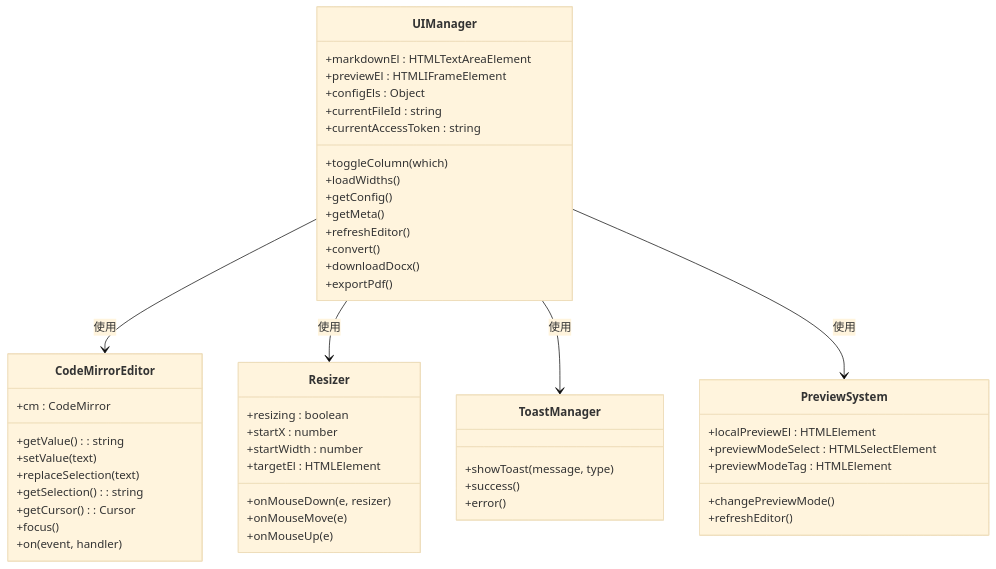
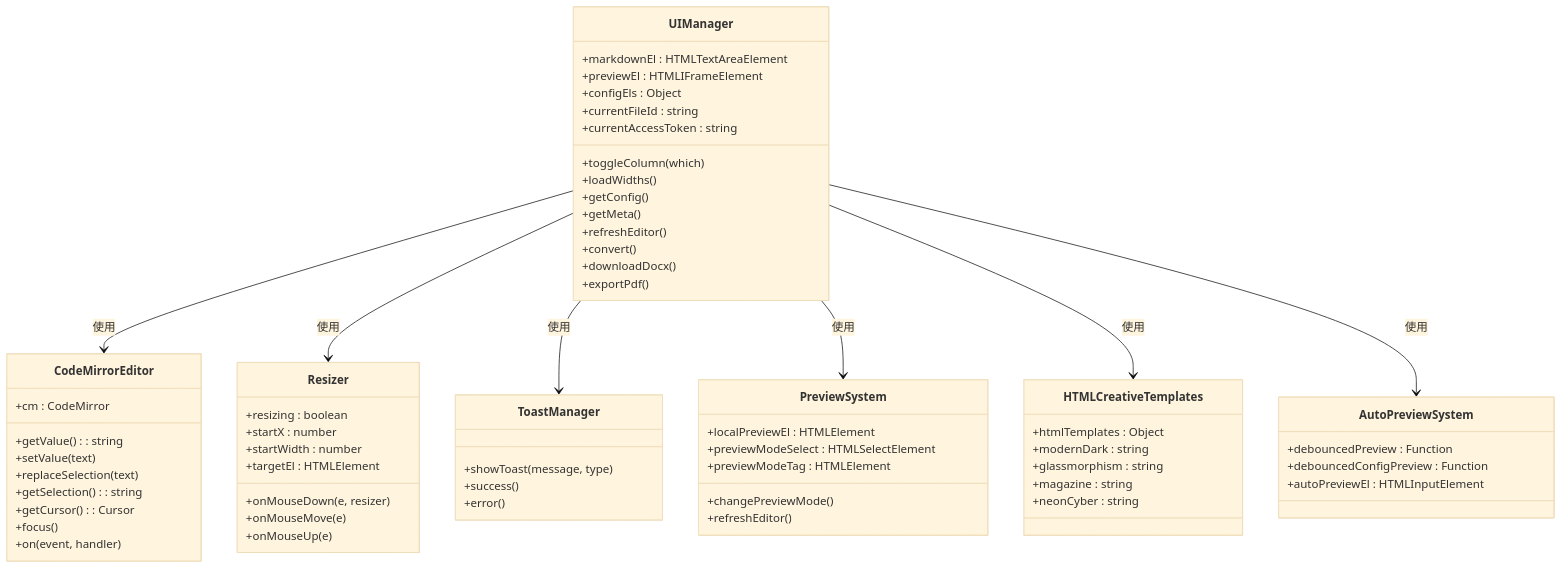
Before and after one commit to wanwushelie/markdown-to-word-studio: the second of 15 diagrams in .lingma/repowiki/zh/content/用户指南/前端界面现代化.md, drawn with Mermaid (base theme). The commit also changed other lines of this file and 1 other file, not shown here.

````diff
--- a/.lingma/repowiki/zh/content/用户指南/前端界面现代化.md
+++ b/.lingma/repowiki/zh/content/用户指南/前端界面现代化.md
@@ -128,53 +139,67 @@
 ```mermaid
 classDiagram
 class UIManager {
 +markdownEl : HTMLTextAreaElement
 +previewEl : HTMLIFrameElement
 +configEls : Object
 +currentFileId : string
 +currentAccessToken : string
 +toggleColumn(which)
 +loadWidths()
 +getConfig()
 +getMeta()
 +refreshEditor()
 +convert()
 +downloadDocx()
 +exportPdf()
 }
 class CodeMirrorEditor {
 +cm : CodeMirror
 +getValue() : string
 +setValue(text)
 +replaceSelection(text)
 +getSelection() : string
 +getCursor() : Cursor
 +focus()
 +on(event, handler)
 }
 class Resizer {
 +resizing : boolean
 +startX : number
 +startWidth : number
 +targetEl : HTMLElement
 +onMouseDown(e, resizer)
 +onMouseMove(e)
 +onMouseUp(e)
 }
 class ToastManager {
 +showToast(message, type)
 +success()
 +error()
 }
 class PreviewSystem {
 +localPreviewEl : HTMLElement
 +previewModeSelect : HTMLSelectElement
 +previewModeTag : HTMLElement
 +changePreviewMode()
 +refreshEditor()
 }
+class HTMLCreativeTemplates {
++htmlTemplates : Object
++modernDark : string
++glassmorphism : string
++magazine : string
++neonCyber : string
+}
+class AutoPreviewSystem {
++debouncedPreview : Function
++debouncedConfigPreview : Function
++autoPreviewEl : HTMLInputElement
+}
 UIManager --> CodeMirrorEditor : 使用
 UIManager --> Resizer : 使用
 UIManager --> ToastManager : 使用
 UIManager --> PreviewSystem : 使用
+UIManager --> HTMLCreativeTemplates : 使用
+UIManager --> AutoPreviewSystem : 使用
 ```
````
